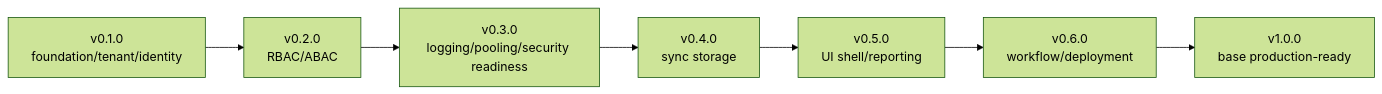
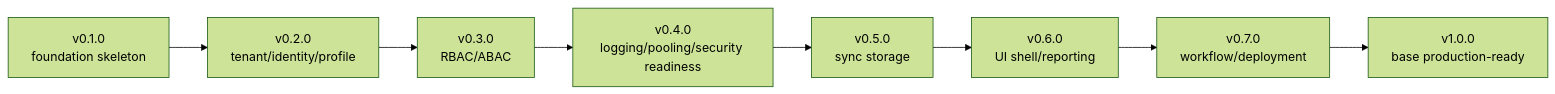
The second of 3 diagrams in docs/awcms-mini/09_roadmap_repository_commit.md (ahliweb/awcms-mini), drawn with Mermaid (forest theme) before and after one commit. The commit also changed other lines of this file and 24 other files, not shown here.

````diff
--- a/docs/awcms-mini/09_roadmap_repository_commit.md
+++ b/docs/awcms-mini/09_roadmap_repository_commit.md
@@ -264,9 +264,10 @@
 ```mermaid
 flowchart LR
-  V1[v0.1.0<br/>foundation/tenant/identity] --> V2[v0.2.0<br/>RBAC/ABAC]
-  V2 --> V3[v0.3.0<br/>logging/pooling/security readiness]
-  V3 --> V4[v0.4.0<br/>sync storage]
-  V4 --> V5[v0.5.0<br/>UI shell/reporting]
-  V5 --> V6[v0.6.0<br/>workflow/deployment]
-  V6 --> V7[v1.0.0<br/>base production-ready]
+  V1[v0.1.0<br/>foundation skeleton] --> V2[v0.2.0<br/>tenant/identity/profile]
+  V2 --> V3[v0.3.0<br/>RBAC/ABAC]
+  V3 --> V4[v0.4.0<br/>logging/pooling/security readiness]
+  V4 --> V5[v0.5.0<br/>sync storage]
+  V5 --> V6[v0.6.0<br/>UI shell/reporting]
+  V6 --> V7[v0.7.0<br/>workflow/deployment]
+  V7 --> V8[v1.0.0<br/>base production-ready]
 ```
````
